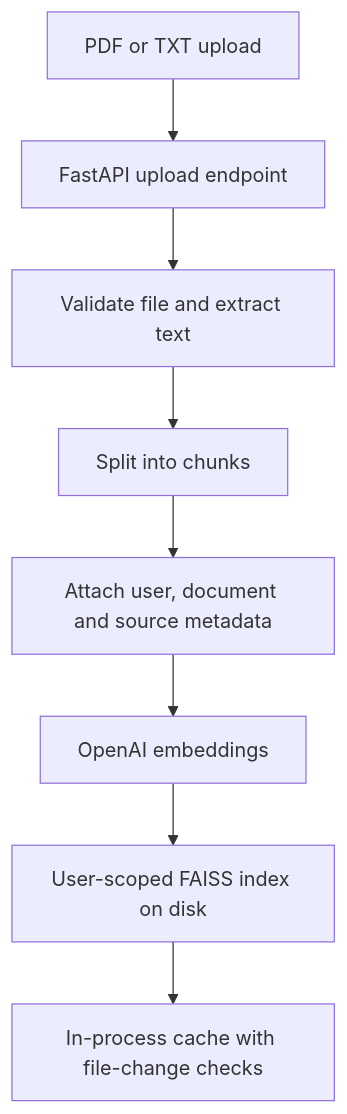
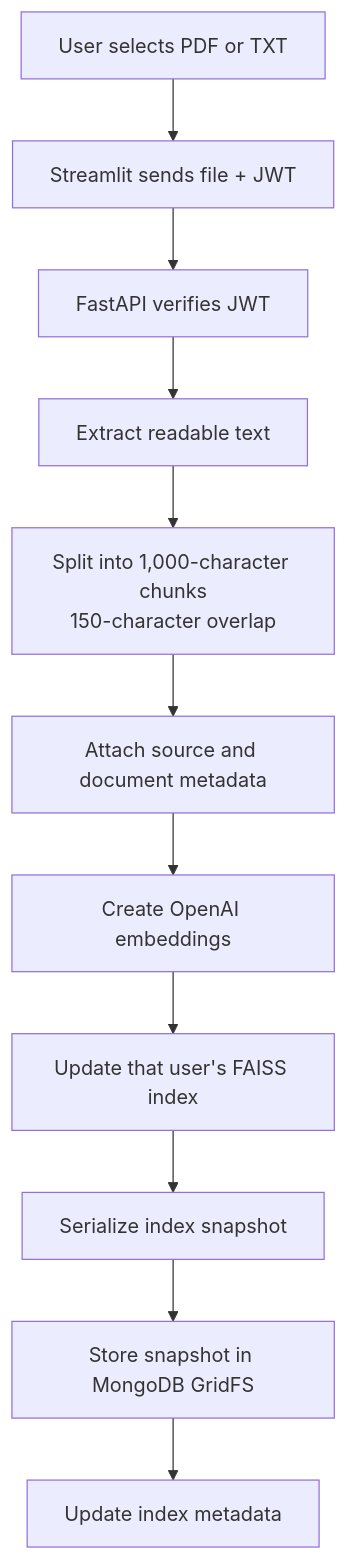
One commit to Lemniscate-2525/Adaptive_Rag_Model changed the second of 3 diagrams in README.md. Above: the diagram before and after it, drawn with Mermaid. The commit also changed other lines of this file, not shown here.

Commit message:
docs: document authenticated deployment and durable multi-user storage

````diff
--- a/README.md
+++ b/README.md
@@ -21,10 +45,13 @@
 ```mermaid
 flowchart TD
-    A[PDF or TXT upload] --> B[FastAPI upload endpoint]
-    B --> C[Validate file and extract text]
-    C --> D[Split into chunks]
-    D --> E[Attach user, document and source metadata]
-    E --> F[OpenAI embeddings]
-    F --> G[User-scoped FAISS index on disk]
-    G --> H[In-process cache with file-change checks]
+    A[User selects PDF or TXT] --> B[Streamlit sends file + JWT]
+    B --> C[FastAPI verifies JWT]
+    C --> D[Extract readable text]
+    D --> E[Split into 1,000-character chunks<br/>150-character overlap]
+    E --> F[Attach source and document metadata]
+    F --> G[Create OpenAI embeddings]
+    G --> H[Update that user's FAISS index]
+    H --> I[Serialize index snapshot]
+    I --> J[Store snapshot in MongoDB GridFS]
+    J --> K[Update index metadata]
 ```
````
